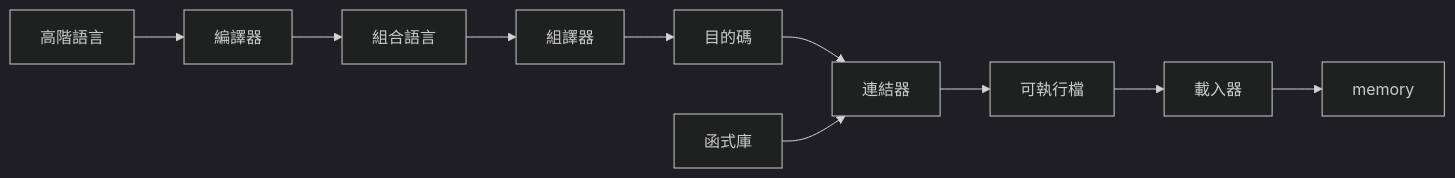
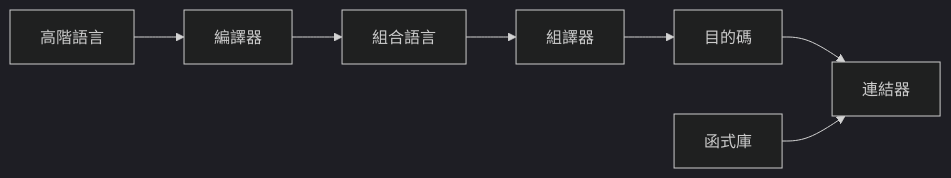
Before and after one commit to baiyanchen8/ob-sync: the first of 2 diagrams in mdfile/md/祭祖/chap2.md, drawn with Mermaid. The commit also changed other lines of this file and 20 other files, not shown here.

````diff
--- a/mdfile/md/祭祖/chap2.md
+++ b/mdfile/md/祭祖/chap2.md
@@ -41,7 +41,7 @@
 ```mermaid
 %%{init: {'theme':'dark'}}%%
 graph LR
-高階語言-->編譯器-->組合語言-->組譯器-->目的碼-->連結器-->可執行檔-->載入器-->memory
+高階語言-->編譯器-->組合語言-->組譯器-->目的碼-->連結器
 函式庫-->連結器
 
 ```
````
